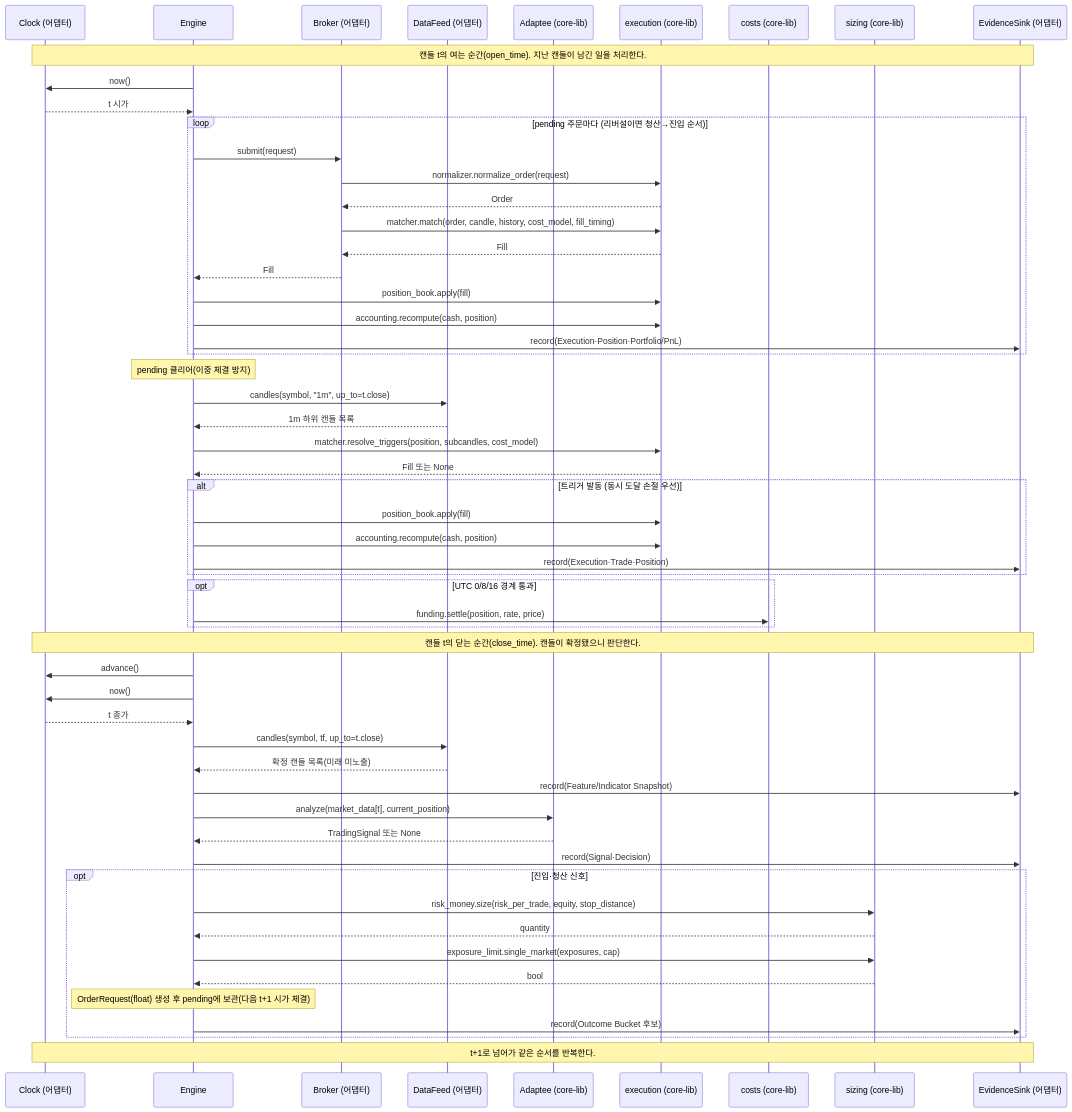
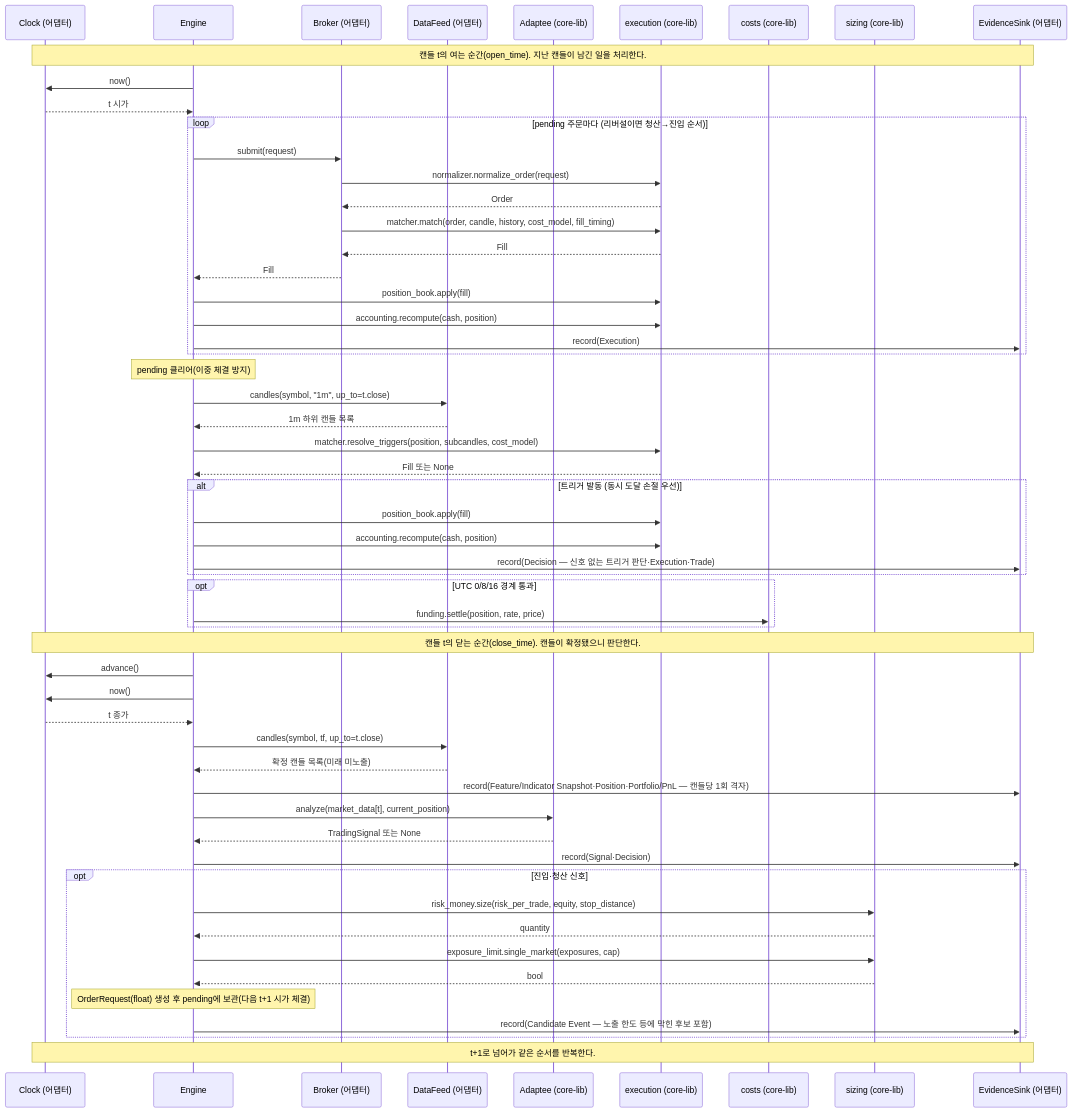
Diagram 19 of 25 in docs/fullspec/backtest_v2_detailed_design.md (vessel35/trading-system-v2), drawn with Mermaid before and after one commit. The commit also changed other lines of this file and 1 other file, not shown here.

````diff
--- a/docs/fullspec/backtest_v2_detailed_design.md
+++ b/docs/fullspec/backtest_v2_detailed_design.md
@@ -2872,58 +2887,58 @@
 ```mermaid
 sequenceDiagram
     participant CLK as Clock (어댑터)
     participant ENG as Engine
     participant BR as Broker (어댑터)
     participant DF as DataFeed (어댑터)
     participant AD as Adaptee (core-lib)
     participant EX as execution (core-lib)
     participant CST as costs (core-lib)
     participant SIZ as sizing (core-lib)
     participant EV as EvidenceSink (어댑터)
     Note over CLK,EV: 캔들 t의 여는 순간(open_time). 지난 캔들이 남긴 일을 처리한다.
     ENG->>CLK: now()
     CLK-->>ENG: t 시가
     loop pending 주문마다 (리버설이면 청산→진입 순서)
         ENG->>BR: submit(request)
         BR->>EX: normalizer.normalize_order(request)
         EX-->>BR: Order
         BR->>EX: matcher.match(order, candle, history, cost_model, fill_timing)
         EX-->>BR: Fill
         BR-->>ENG: Fill
         ENG->>EX: position_book.apply(fill)
         ENG->>EX: accounting.recompute(cash, position)
-        ENG->>EV: record(Execution·Position·Portfolio/PnL)
+        ENG->>EV: record(Execution)
     end
     Note over ENG: pending 클리어(이중 체결 방지)
     ENG->>DF: candles(symbol, "1m", up_to=t.close)
     DF-->>ENG: 1m 하위 캔들 목록
     ENG->>EX: matcher.resolve_triggers(position, subcandles, cost_model)
     EX-->>ENG: Fill 또는 None
     alt 트리거 발동 (동시 도달 손절 우선)
         ENG->>EX: position_book.apply(fill)
         ENG->>EX: accounting.recompute(cash, position)
-        ENG->>EV: record(Execution·Trade·Position)
+        ENG->>EV: record(Decision — 신호 없는 트리거 판단·Execution·Trade)
     end
     opt UTC 0/8/16 경계 통과
         ENG->>CST: funding.settle(position, rate, price)
     end
     Note over CLK,EV: 캔들 t의 닫는 순간(close_time). 캔들이 확정됐으니 판단한다.
     ENG->>CLK: advance()
     ENG->>CLK: now()
     CLK-->>ENG: t 종가
     ENG->>DF: candles(symbol, tf, up_to=t.close)
     DF-->>ENG: 확정 캔들 목록(미래 미노출)
-    ENG->>EV: record(Feature/Indicator Snapshot)
+    ENG->>EV: record(Feature/Indicator Snapshot·Position·Portfolio/PnL — 캔들당 1회 격자)
     ENG->>AD: analyze(market_data[t], current_position)
     AD-->>ENG: TradingSignal 또는 None
     ENG->>EV: record(Signal·Decision)
     opt 진입·청산 신호
         ENG->>SIZ: risk_money.size(risk_per_trade, equity, stop_distance)
         SIZ-->>ENG: quantity
         ENG->>SIZ: exposure_limit.single_market(exposures, cap)
         SIZ-->>ENG: bool
         Note over ENG: OrderRequest(float) 생성 후 pending에 보관(다음 t+1 시가 체결)
-        ENG->>EV: record(Outcome Bucket 후보)
+        ENG->>EV: record(Candidate Event — 노출 한도 등에 막힌 후보 포함)
     end
     Note over CLK,EV: t+1로 넘어가 같은 순서를 반복한다.
 ```
````
